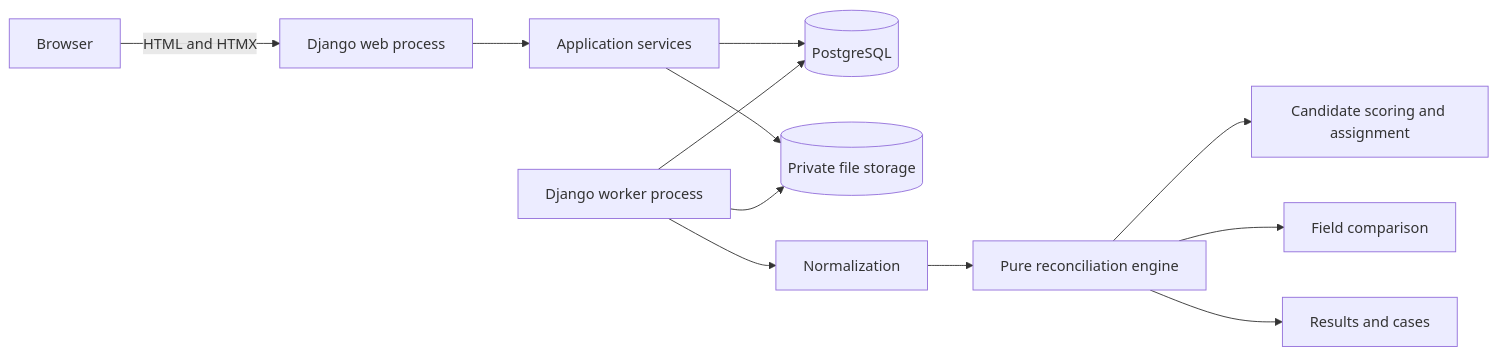
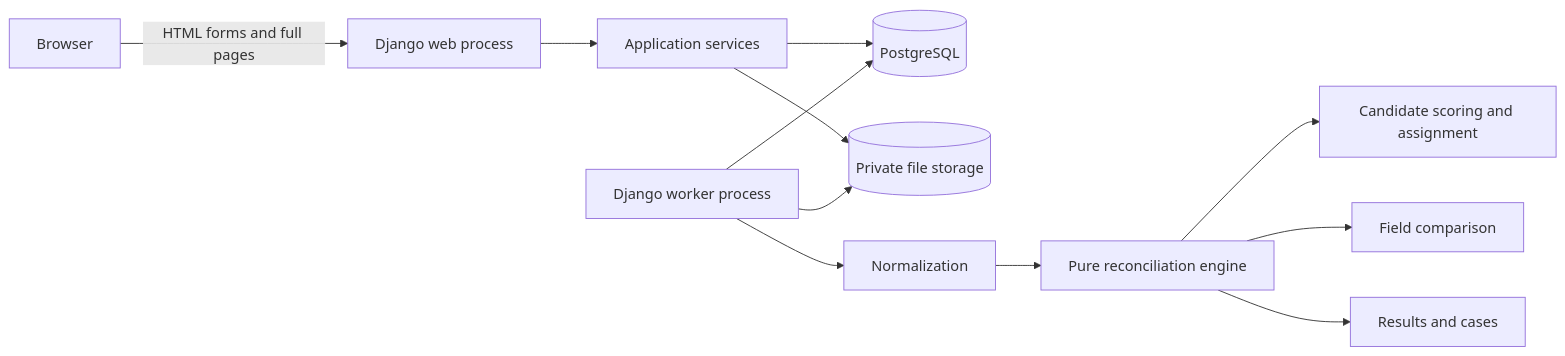
One commit to prudviee/reconciliation-workbench changed the first of 5 diagrams in docs/02-hld.md. Above: the diagram before and after it, drawn with Mermaid. The commit also changed other lines of this file and 16 other files, not shown here.

````diff
--- a/docs/02-hld.md
+++ b/docs/02-hld.md
@@ -7,14 +7,14 @@
 ```mermaid
 flowchart LR
-    U[Browser] -->|HTML and HTMX| W[Django web process]
+    U[Browser] -->|HTML forms and full pages| W[Django web process]
     W --> A[Application services]
     A --> P[(PostgreSQL)]
     A --> O[(Private file storage)]
     Q[Django worker process] --> P
     Q --> O
     Q --> N[Normalization]
     N --> E[Pure reconciliation engine]
     E --> M[Candidate scoring and assignment]
     E --> C[Field comparison]
     E --> R[Results and cases]
 ```
````
